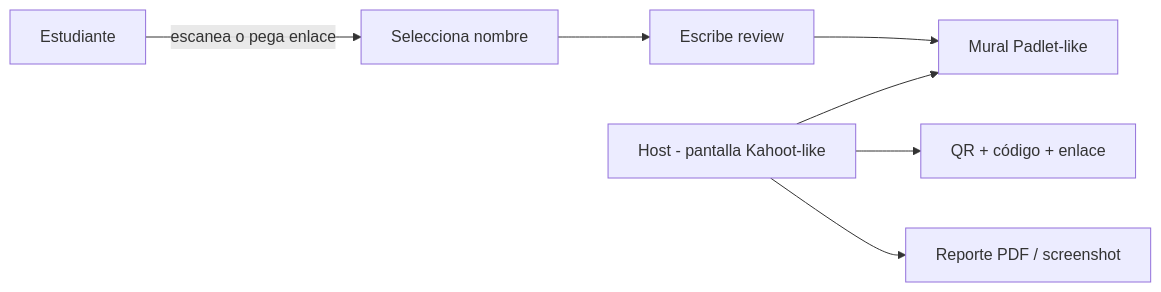
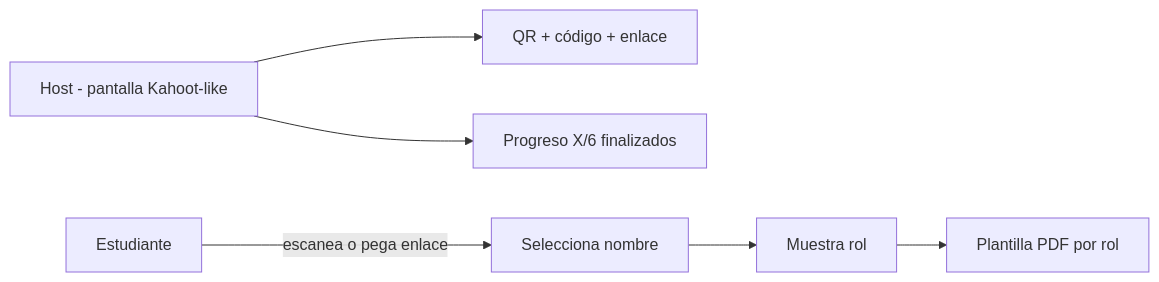
One commit to JosthinAyonC/chapterquest-serverless-app changed the fourth of 5 diagrams in docs/ProductSpec.md. Above: the diagram before and after it, drawn with Mermaid. The commit also changed other lines of this file and 45 other files, not shown here.

Commit message:
feat: implement role review flow with QR code integration, add role-specific PDF templates, and update navigation structure for roleplay sessions

````diff
--- a/docs/ProductSpec.md
+++ b/docs/ProductSpec.md
@@ -251,14 +342,13 @@
 ```mermaid
 flowchart LR
   host[Host - pantalla Kahoot-like]
   qr[QR + código + enlace]
   student[Estudiante]
-  board[Mural Padlet-like]
+  template[Plantilla PDF por rol]
 
   host --> qr
   student -->|escanea o pega enlace| pick[Selecciona nombre]
-  pick --> write[Escribe review]
-  write --> board
-  host --> board
-  host --> export[Reporte PDF / screenshot]
+  pick --> role[Muestra rol]
+  role --> template
+  host --> progress[Progreso X/6 finalizados]
 ```
````
